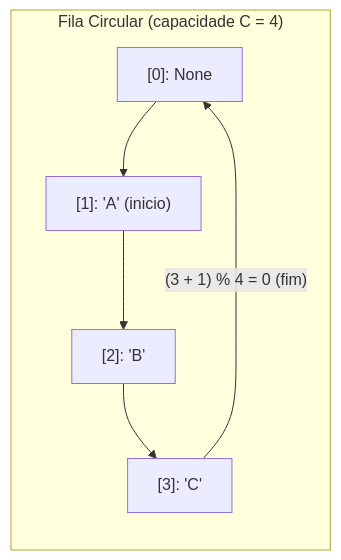
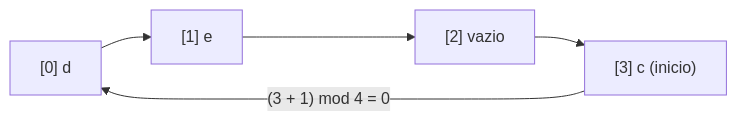
The diagram in content/cursos/n3-estruturas-de-dados-e-algoritmos/05-estruturas-lineares/02-filas-e-deque.lvl.md (Lip3Bazinga/v0-level-usp-project), drawn with Mermaid before and after one commit. The commit also changed other lines of this file and 3 other files, not shown here.

````diff
--- a/content/cursos/n3-estruturas-de-dados-e-algoritmos/05-estruturas-lineares/02-filas-e-deque.lvl.md
+++ b/content/cursos/n3-estruturas-de-dados-e-algoritmos/05-estruturas-lineares/02-filas-e-deque.lvl.md
@@ -42,9 +106,7 @@
 ```mermaid
 flowchart LR
-    subgraph "Fila Circular (capacidade C = 4)"
-        I0["[0]: None"] --> I1["[1]: 'A' (inicio)"]
-        I1 --> I2["[2]: 'B'"]
-        I2 --> I3["[3]: 'C'"]
-        I3 -->|"(3 + 1) % 4 = 0 (fim)"| I0
-    end
+    P0["[0] d"] --> P1["[1] e"]
+    P1 --> P2["[2] vazio"]
+    P2 --> P3["[3] c (inicio)"]
+    P3 -->|"(3 + 1) mod 4 = 0"| P0
 ```
````
